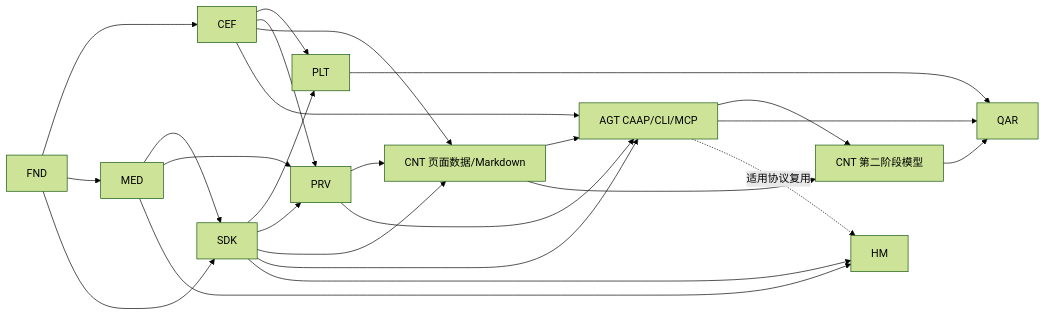
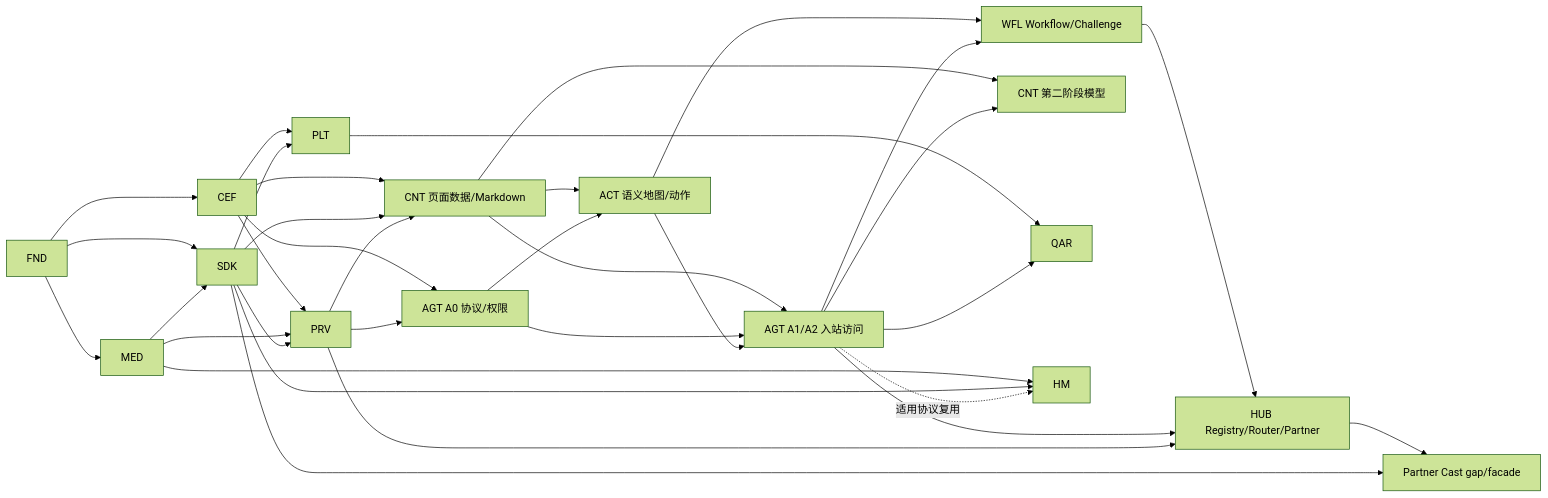
One commit to shenyingjun5/crayon-browser changed the diagram in docs/crayon-private-cast-browser-roadmap.md. Above: the diagram before and after it, drawn with Mermaid (forest theme). The commit also changed other lines of this file and 26 other files, not shown here.

Commit message:
docs(product): align Agent-native PRD and roadmaps

````diff
--- a/docs/crayon-private-cast-browser-roadmap.md
+++ b/docs/crayon-private-cast-browser-roadmap.md
@@ -46,27 +52,36 @@
 ```mermaid
 flowchart LR
   FND --> CEF
   FND --> MED
   FND --> SDK
   MED --> SDK
   CEF --> PLT
   SDK --> PLT
   CEF --> PRV
   MED --> PRV
   SDK --> PRV
   CEF --> CNT["CNT 页面数据/Markdown"]
   SDK --> CNT
   PRV --> CNT
-  CEF --> AGT["AGT CAAP/CLI/MCP"]
-  PRV --> AGT
-  CNT --> AGT
-  SDK --> AGT
+  CEF --> AGT0["AGT A0 协议/权限"]
+  PRV --> AGT0
+  CNT --> AGT1["AGT A1/A2 入站访问"]
+  CNT --> ACT["ACT 语义地图/动作"]
+  AGT0 --> ACT
+  AGT0 --> AGT1
+  ACT --> AGT1
+  ACT --> WFL["WFL Workflow/Challenge"]
+  AGT1 --> WFL
+  WFL --> HUB["HUB Registry/Router/Partner"]
+  AGT1 --> HUB
+  PRV --> HUB
   CNT --> MODEL["CNT 第二阶段模型"]
-  AGT --> MODEL
+  AGT1 --> MODEL
+  HUB --> PC["Partner Cast gap/facade"]
+  SDK --> PC
   PLT --> QAR
-  AGT --> QAR
-  MODEL --> QAR
+  AGT1 --> QAR
   MED --> HM
   SDK --> HM
-  AGT -. 适用协议复用 .-> HM
+  AGT1 -. "适用协议复用" .-> HM
 ```
````
